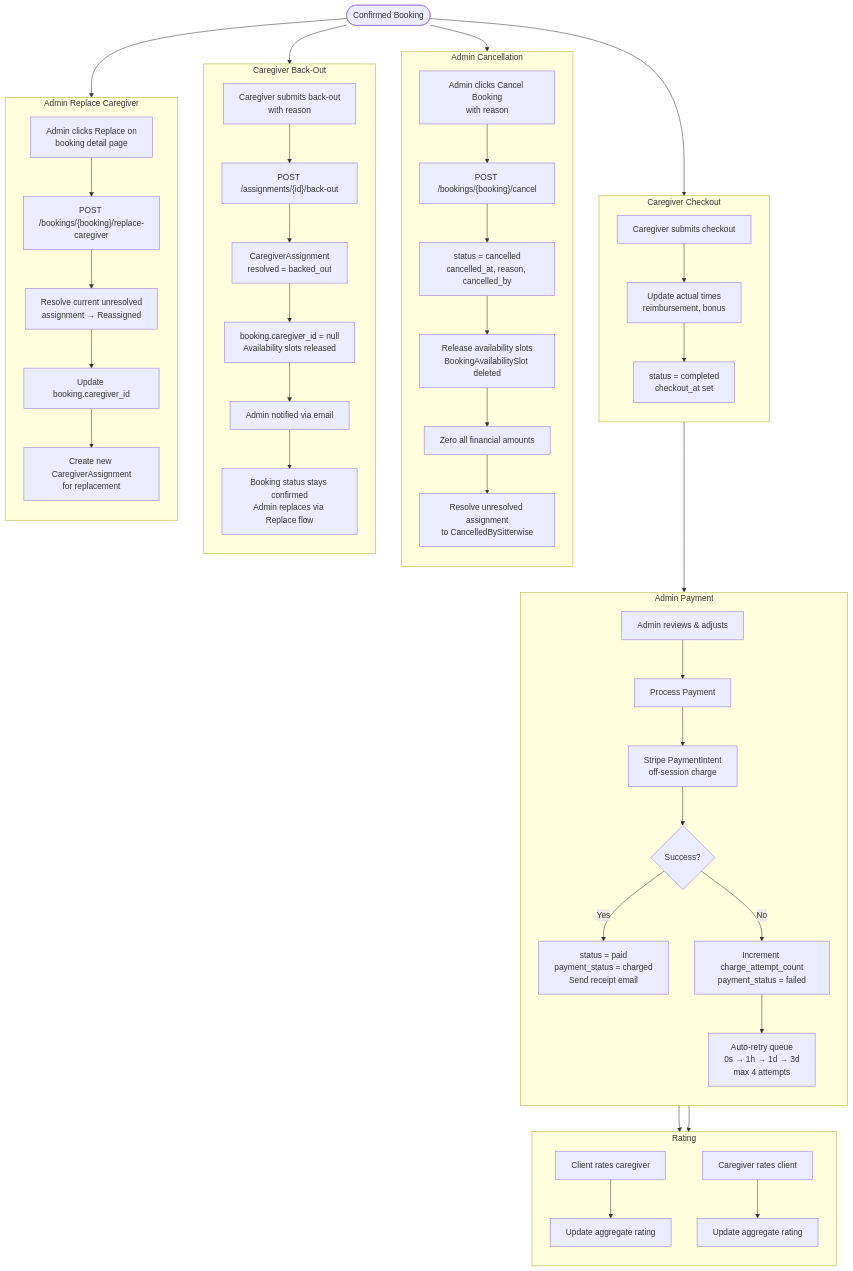
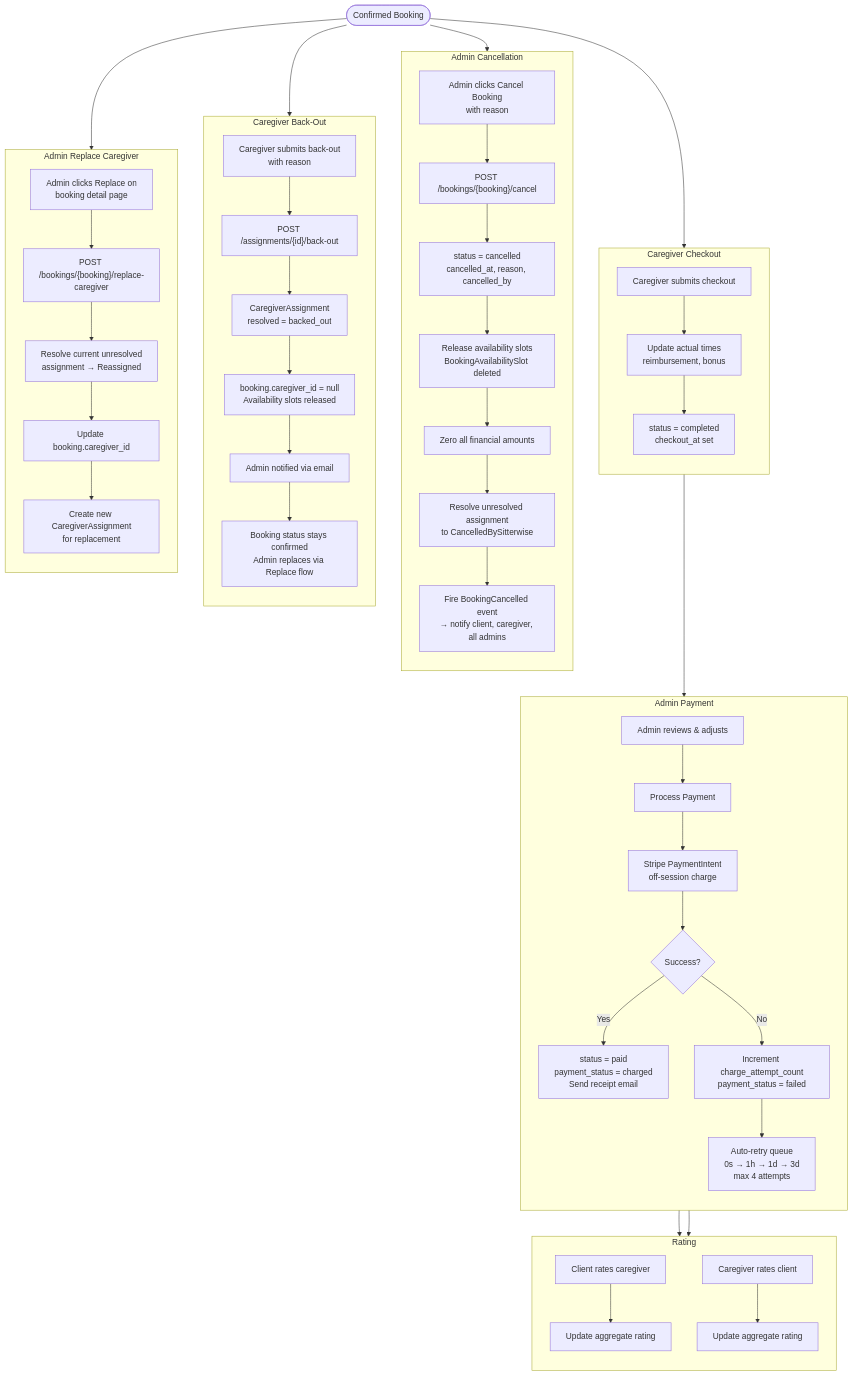
One commit to r00t4bl3/sitterwise changed the fifth of 12 diagrams in docs/booking-flow.md. Above: the diagram before and after it, drawn with Mermaid. The commit also changed other lines of this file and 39 other files, not shown here.

First line of the commit message:
feat: add booking cancellation email notifications for admin, caregiver, and client

````diff
--- a/docs/booking-flow.md
+++ b/docs/booking-flow.md
@@ -187,59 +187,60 @@
 ```mermaid
 flowchart TD
     START(["Confirmed Booking"]) --> CO
     START --> BO
     START --> RC
     START --> CA
 
     subgraph CO["Caregiver Checkout"]
         direction TB
         CO1[Caregiver submits checkout] --> CO2[Update actual times<br/>reimbursement, bonus]
         CO2 --> CO3[status = completed<br/>checkout_at set]
     end
 
     subgraph Payment["Admin Payment"]
         direction TB
         P1[Admin reviews & adjusts] --> P2[Process Payment]
         P2 --> P3[Stripe PaymentIntent<br/>off-session charge]
         P3 --> P4{Success?}
         P4 -->|Yes| P5[status = paid<br/>payment_status = charged<br/>Send receipt email]
         P4 -->|No| P6[Increment charge_attempt_count<br/>payment_status = failed]
         P6 --> P7[Auto-retry queue<br/>0s → 1h → 1d → 3d<br/>max 4 attempts]
     end
 
     subgraph Rating["Rating"]
         direction TB
         R1[Client rates caregiver] --> R2[Update aggregate rating]
         R3[Caregiver rates client] --> R4[Update aggregate rating]
     end
 
     subgraph CA["Admin Cancellation"]
         direction TB
         CA1[Admin clicks Cancel Booking<br/>with reason] --> CA2["POST /bookings/{booking}/cancel"]
         CA2 --> CA3[status = cancelled<br/>cancelled_at, reason, cancelled_by]
         CA3 --> CA3b[Release availability slots<br/>BookingAvailabilitySlot deleted]
         CA3b --> CA4[Zero all financial amounts]
         CA4 --> CA5[Resolve unresolved assignment<br/>to CancelledBySitterwise]
+        CA5 --> CA6[Fire BookingCancelled event<br/>→ notify client, caregiver, all admins]
     end
 
     subgraph BO["Caregiver Back-Out"]
         direction TB
         BO1[Caregiver submits back-out<br/>with reason] --> BO2["POST /assignments/{id}/back-out"]
         BO2 --> BO3[CaregiverAssignment<br/>resolved = backed_out]
         BO3 --> BO3b[booking.caregiver_id = null<br/>Availability slots released]
         BO3b --> BO4[Admin notified via email]
         BO4 --> BO5[Booking status stays confirmed<br/>Admin replaces via Replace flow]
     end
 
     subgraph RC["Admin Replace Caregiver"]
         direction TB
         RC1[Admin clicks Replace on<br/>booking detail page] --> RC2["POST /bookings/{booking}/replace-caregiver"]
         RC2 --> RC3[Resolve current unresolved<br/>assignment → Reassigned]
         RC3 --> RC4[Update booking.caregiver_id]
         RC4 --> RC5[Create new CaregiverAssignment<br/>for replacement]
     end
 
     CO3 --> P1
     P5 --> R1
     P5 --> R3
 ```
````
